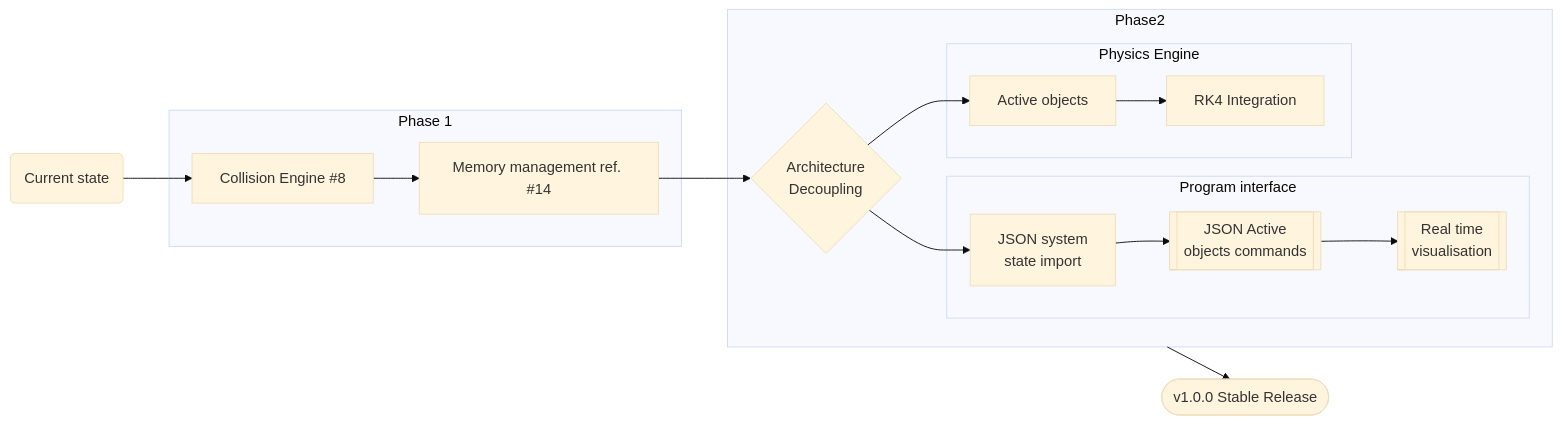
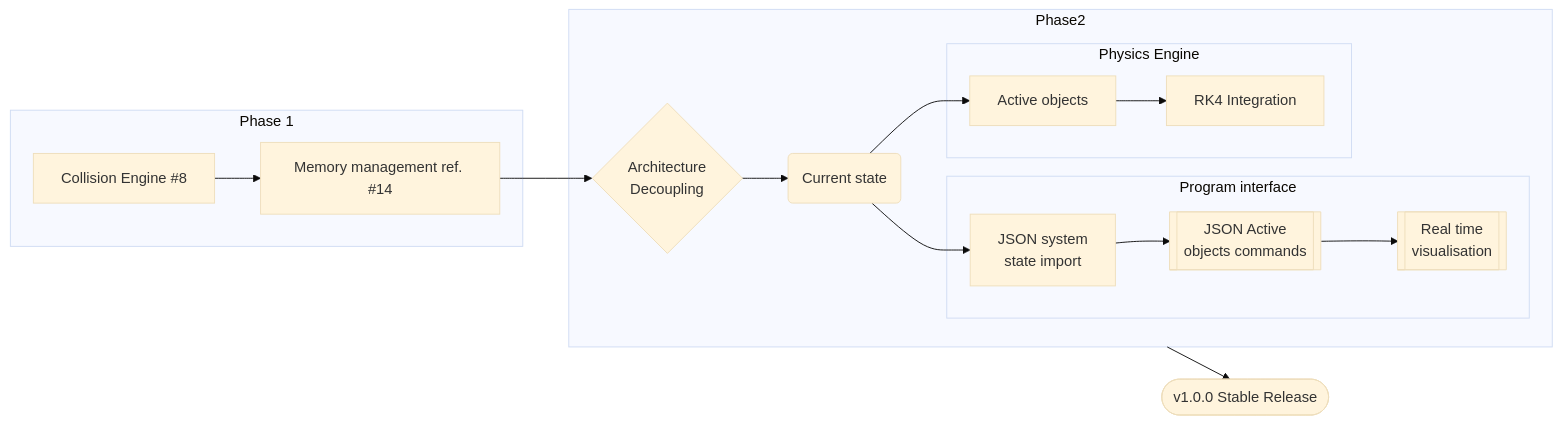
One commit to kotenko-o/simple-orbit-simulator changed the first of 3 diagrams in README.md. Above: the diagram before and after it, drawn with Mermaid (base theme). The commit also changed other lines of this file, not shown here.

````diff
--- a/README.md
+++ b/README.md
@@ -46,34 +46,34 @@
 ```mermaid
 flowchart LR
     Now(Current state)
 
-    Now --> P11 --> P12
+    P11 --> P12
     subgraph Phase1[Phase 1]
         P11[Collision Engine #8]
         P12[Memory management ref. #14]
     end
 
     P12 --> Split
     Split{Architecture <br> Decoupling}
 
     subgraph Phase2
-        Split
+        Split --> Now
         Engine
         Interface
     end
 
-    Split --> E1 --> E2
+    Now --> E1 --> E2
     subgraph Engine[Physics Engine]
         E1[Active objects]
         E2[RK4 Integration]
     end
 
-    Split --> PI1 --> PI2 --> PI3
+    Now --> PI1 --> PI2 --> PI3
     subgraph Interface[Program interface]
         PI1[JSON system <br> state import]
         PI2[[JSON Active <br> objects commands]]
         PI3[[Real time <br> visualisation]]
     end
 
 Phase2 --> V1([v1.0.0 Stable Release])
 ```
````
